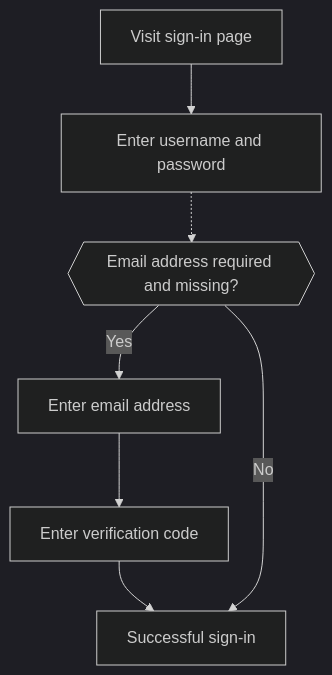
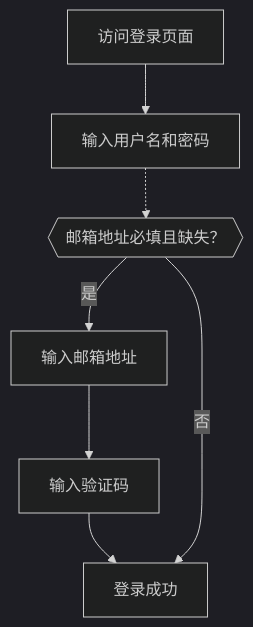
The diagram in i18n/zh-CN/docusaurus-plugin-content-docs/current/end-user-flows/sign-up-and-sign-in/sign-in.mdx (logto-io/docs), drawn with Mermaid (dark theme) before and after one commit. The commit also changed other lines of this file and 449 other files, not shown here.

````diff
--- a/i18n/zh-CN/docusaurus-plugin-content-docs/current/end-user-flows/sign-up-and-sign-in/sign-in.mdx
+++ b/i18n/zh-CN/docusaurus-plugin-content-docs/current/end-user-flows/sign-up-and-sign-in/sign-in.mdx
@@ -79,9 +79,9 @@
 ```mermaid
 flowchart TD
-    A[Visit sign-in page] --> B[Enter username and password]
-    B -.-> C{{Email address required and missing?}}
-    C -->|Yes| D[Enter email address]
-    D --> E[Enter verification code]
-    E --> F[Successful sign-in]
-    C --> |No| F
+    A[访问登录页面] --> B[输入用户名和密码]
+    B -.-> C{{邮箱地址必填且缺失？}}
+    C -->|是| D[输入邮箱地址]
+    D --> E[输入验证码]
+    E --> F[登录成功]
+    C --> |否| F
 ```
````
